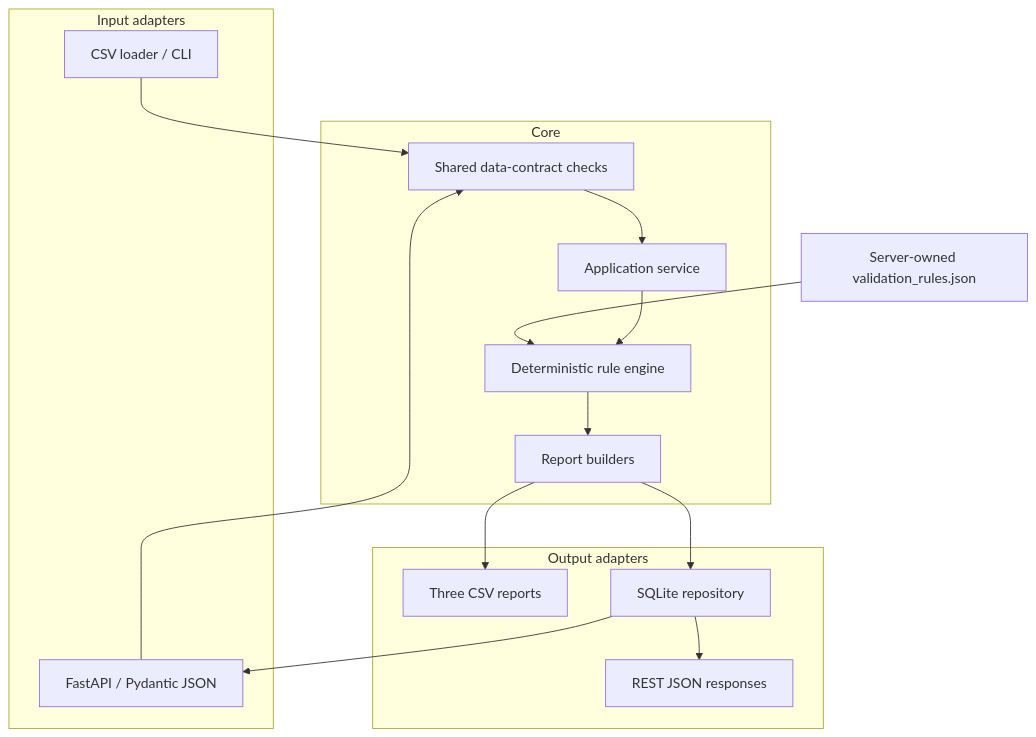
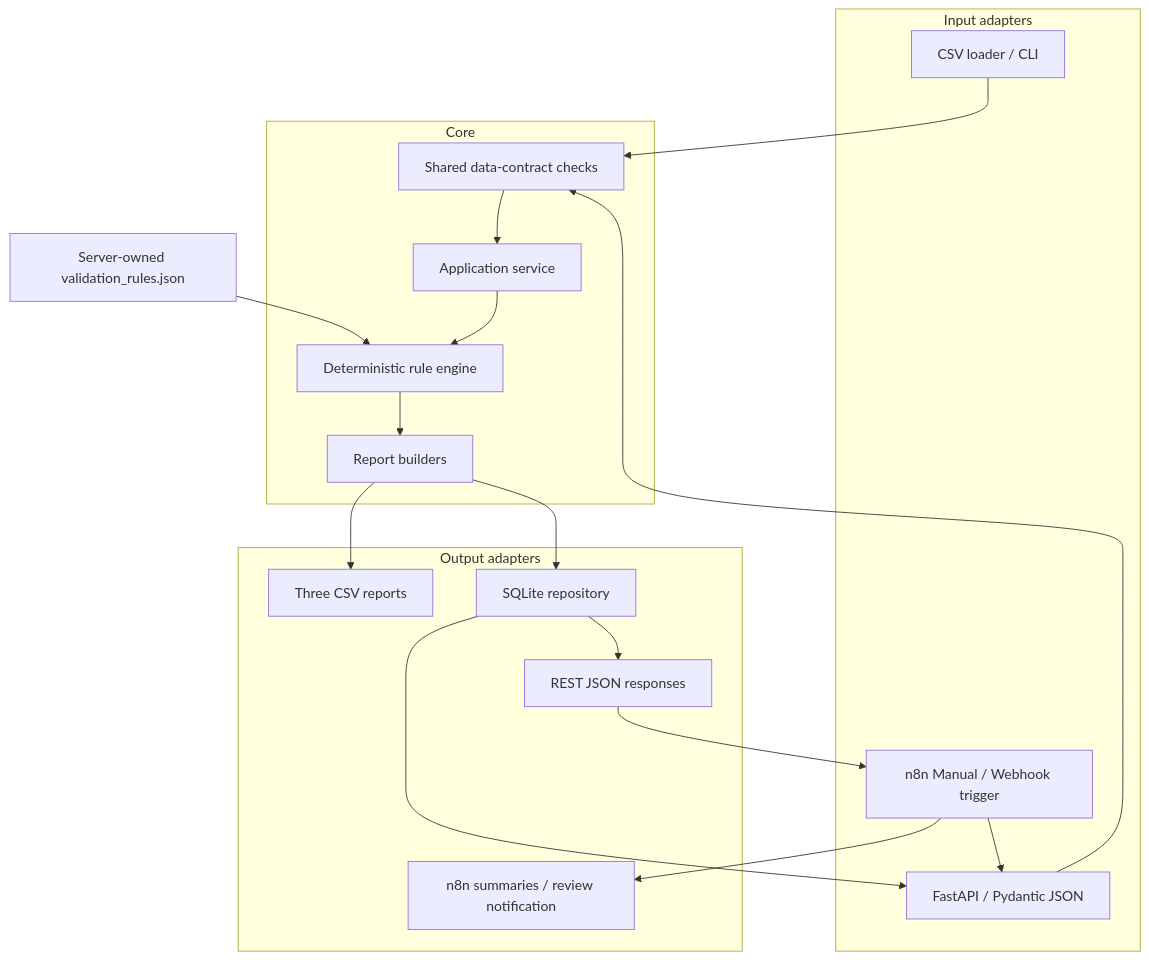
The first of 2 diagrams in docs/architecture.md (giovannimounir96/behavioral-health-documentation-validator), drawn with Mermaid before and after one commit. The commit also changed other lines of this file and 14 other files, not shown here.

````diff
--- a/docs/architecture.md
+++ b/docs/architecture.md
@@ -9,28 +9,32 @@
 ```mermaid
 flowchart TB
     subgraph Input adapters
         A["CSV loader / CLI"]
         B["FastAPI / Pydantic JSON"]
+        N["n8n Manual / Webhook trigger"]
     end
 
     subgraph Core
         C["Shared data-contract checks"]
         D["Application service"]
         E["Deterministic rule engine"]
         F["Report builders"]
     end
 
     subgraph Output adapters
         G["Three CSV reports"]
         H["SQLite repository"]
         I["REST JSON responses"]
+        R["n8n summaries / review notification"]
     end
 
     J["Server-owned validation_rules.json"] --> E
     A --> C
+    N --> B
     B --> C
     C --> D --> E --> F
     F --> G
     F --> H --> I
     H --> B
+    I --> N --> R
 ```
````
